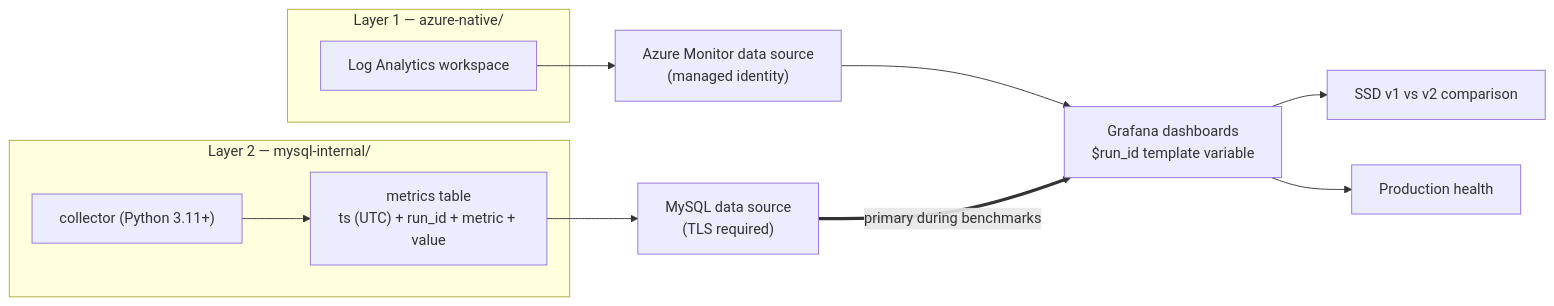
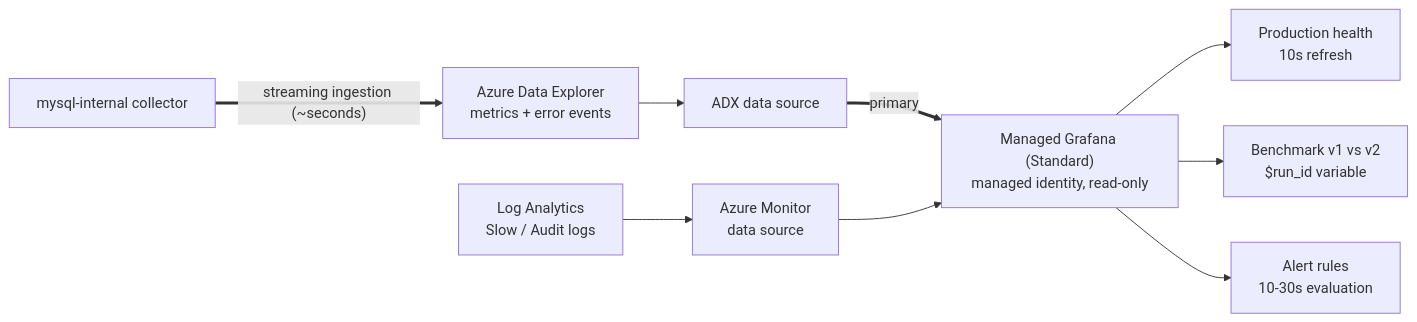
One commit to DalBamS/azure-mysql-monitoring changed the diagram in grafana/README.md. Above: the diagram before and after it, drawn with Mermaid. The commit also changed other lines of this file and 19 other files, not shown here.

First line of the commit message:
Add Azure Data Explorer as the unified telemetry store

````diff
--- a/grafana/README.md
+++ b/grafana/README.md
@@ -21,21 +19,13 @@
 ```mermaid
 flowchart LR
-    subgraph L1["Layer 1 — azure-native/"]
-        LAW["Log Analytics workspace"]
-    end
+    COL["mysql-internal collector"] ==> |"streaming ingestion (~seconds)"| ADX["Azure Data Explorer<br/>metrics + error events"]
+    LAW["Log Analytics<br/>Slow / Audit logs"] --> AZM["Azure Monitor<br/>data source"]
+    ADX --> DSA["ADX data source"]
 
-    subgraph L2["Layer 2 — mysql-internal/"]
-        COL["collector (Python 3.11+)"]
-        TBL["metrics table<br/>ts (UTC) + run_id + metric + value"]
-        COL --> TBL
-    end
+    DSA ==> |primary| G["Managed Grafana (Standard)<br/>managed identity, read-only"]
+    AZM --> G
 
-    LAW --> DS1["Azure Monitor data source<br/>(managed identity)"]
-    TBL --> DS2["MySQL data source<br/>(TLS required)"]
-
-    DS1 --> G["Grafana dashboards<br/>$run_id template variable"]
-    DS2 ==> |primary during benchmarks| G
-
-    G --> P1["SSD v1 vs v2 comparison"]
-    G --> P2["Production health"]
+    G --> D1["Production health<br/>10s refresh"]
+    G --> D2["Benchmark v1 vs v2<br/>$run_id variable"]
+    G --> AL["Alert rules<br/>10-30s evaluation"]
 ```
````
